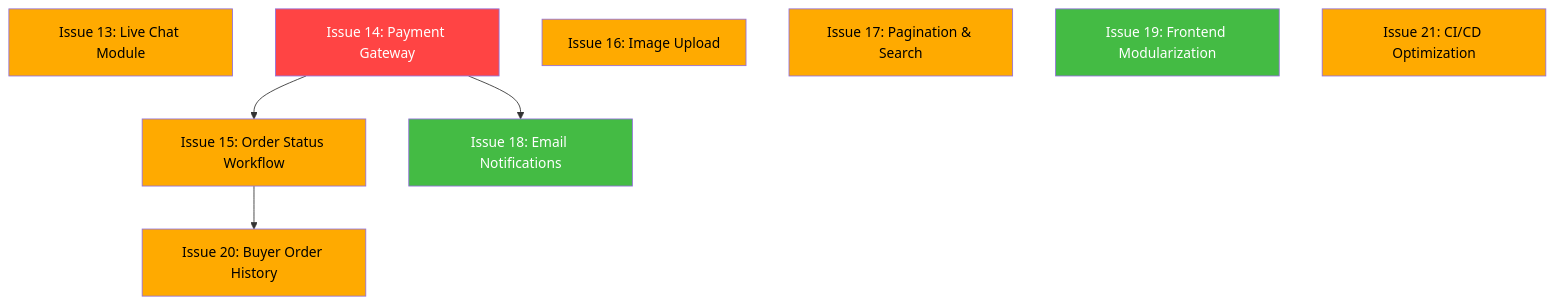
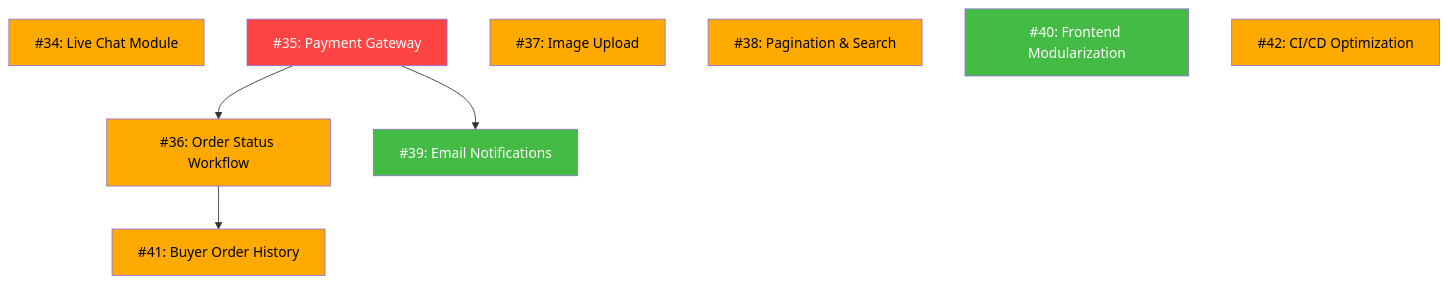
Before and after one commit to cobacobiy/program1: the diagram in issues/README.md, drawn with Mermaid. The commit also changed other lines of this file and 22 other files, not shown here.

````diff
--- a/issues/README.md
+++ b/issues/README.md
@@ -66,26 +66,26 @@
 ```mermaid
 graph TD
-    I13["Issue 13: Live Chat Module"]
-    I14["Issue 14: Payment Gateway"]
-    I15["Issue 15: Order Status Workflow"]
-    I16["Issue 16: Image Upload"]
-    I17["Issue 17: Pagination & Search"]
-    I18["Issue 18: Email Notifications"]
-    I19["Issue 19: Frontend Modularization"]
-    I20["Issue 20: Buyer Order History"]
-    I21["Issue 21: CI/CD Optimization"]
+    I13["#34: Live Chat Module"]
+    I14["#35: Payment Gateway"]
+    I15["#36: Order Status Workflow"]
+    I16["#37: Image Upload"]
+    I17["#38: Pagination & Search"]
+    I18["#39: Email Notifications"]
+    I19["#40: Frontend Modularization"]
+    I20["#41: Buyer Order History"]
+    I21["#42: CI/CD Optimization"]
 
     I14 --> I15
     I14 --> I18
     I15 --> I20
 
     style I14 fill:#ff4444,color:#fff
     style I13 fill:#ffaa00,color:#000
     style I15 fill:#ffaa00,color:#000
     style I16 fill:#ffaa00,color:#000
     style I17 fill:#ffaa00,color:#000
     style I20 fill:#ffaa00,color:#000
     style I21 fill:#ffaa00,color:#000
     style I18 fill:#44bb44,color:#fff
     style I19 fill:#44bb44,color:#fff
 ```
````
